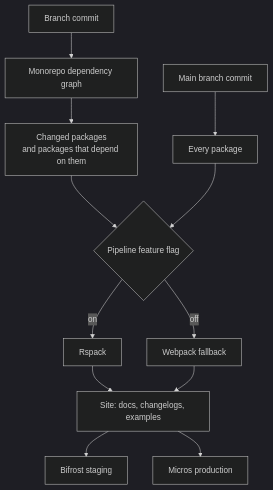
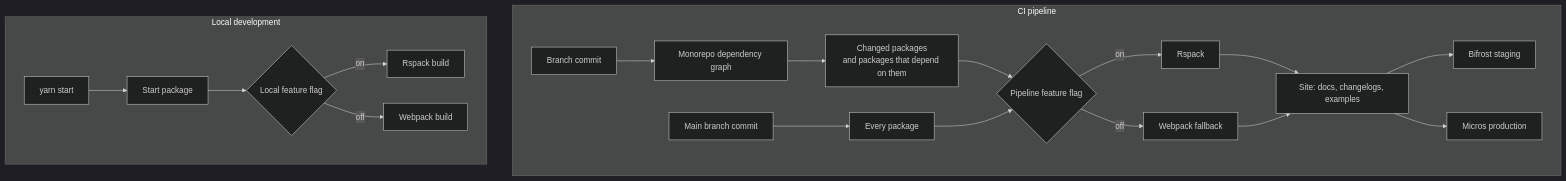
Before and after one commit to oleg-chibikov/project-architecture: the second of 3 diagrams in build-pipeline/README.md, drawn with Mermaid (dark theme). The commit also changed other lines of this file, not shown here.

Commit message:
Add local yarn start builds to the build pipeline diagram

````diff
--- a/build-pipeline/README.md
+++ b/build-pipeline/README.md
@@ -64,13 +64,20 @@
 ```mermaid
 flowchart TD
-  Branch["Branch commit"] --> Graph["Monorepo dependency graph"] --> Affected["Changed packages<br/>and packages that depend on them"]
-  Main["Main branch commit"] --> All["Every package"]
-  Affected --> Flag{"Pipeline feature flag"}
-  All --> Flag
-  Flag -->|on| Rspack["Rspack"]
-  Flag -->|off| Webpack["Webpack fallback"]
-  Rspack --> Site["Site: docs, changelogs, examples"]
-  Webpack --> Site
-  Site --> Bifrost["Bifrost staging"]
-  Site --> Micros["Micros production"]
+  subgraph CI["CI pipeline"]
+    Branch["Branch commit"] --> Graph["Monorepo dependency graph"] --> Affected["Changed packages<br/>and packages that depend on them"]
+    Main["Main branch commit"] --> All["Every package"]
+    Affected --> Flag{"Pipeline feature flag"}
+    All --> Flag
+    Flag -->|on| Rspack["Rspack"]
+    Flag -->|off| Webpack["Webpack fallback"]
+    Rspack --> Site["Site: docs, changelogs, examples"]
+    Webpack --> Site
+    Site --> Bifrost["Bifrost staging"]
+    Site --> Micros["Micros production"]
+  end
+  subgraph Local["Local development"]
+    Start["yarn start"] --> StartPkg["Start package"] --> LocalFlag{"Local feature flag"}
+    LocalFlag -->|on| LocalRspack["Rspack build"]
+    LocalFlag -->|off| LocalWebpack["Webpack build"]
+  end
 ```
````
